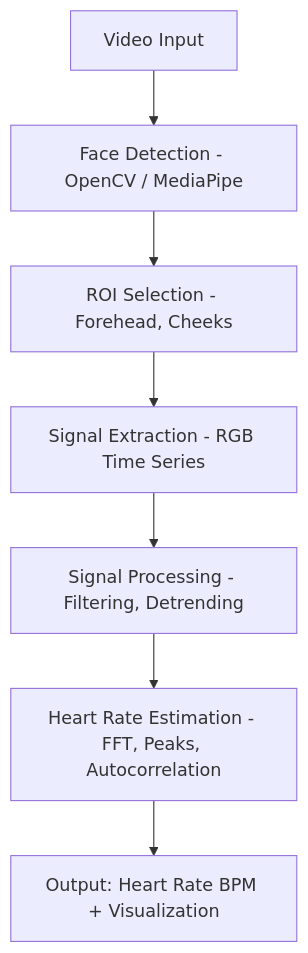
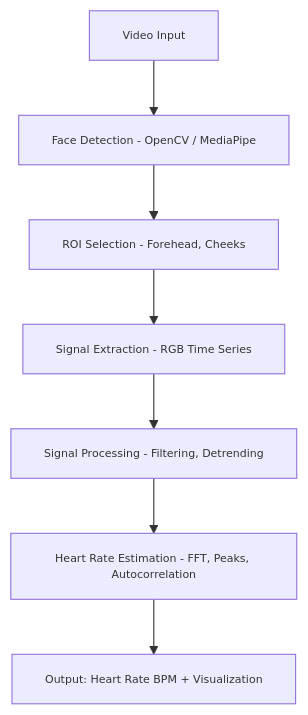
The diagram in README.md (gumaruw/VitaLight), drawn with Mermaid before and after one commit. The commit also changed other lines of this file and 3 other files, not shown here.

````diff
--- a/README.md
+++ b/README.md
@@ -9,9 +9,10 @@
 ```mermaid
+%%{init: {"themeVariables": { "fontSize": "10px", "nodeSpacing": 20, "rankSpacing": 20 }}}%%
 flowchart TD
     A[Video Input] --> B[Face Detection - OpenCV / MediaPipe]
     B --> C[ROI Selection - Forehead, Cheeks]
     C --> D[Signal Extraction - RGB Time Series]
     D --> E[Signal Processing - Filtering, Detrending]
     E --> F[Heart Rate Estimation - FFT, Peaks, Autocorrelation]
     F --> G[Output: Heart Rate BPM + Visualization]
 ```
````
